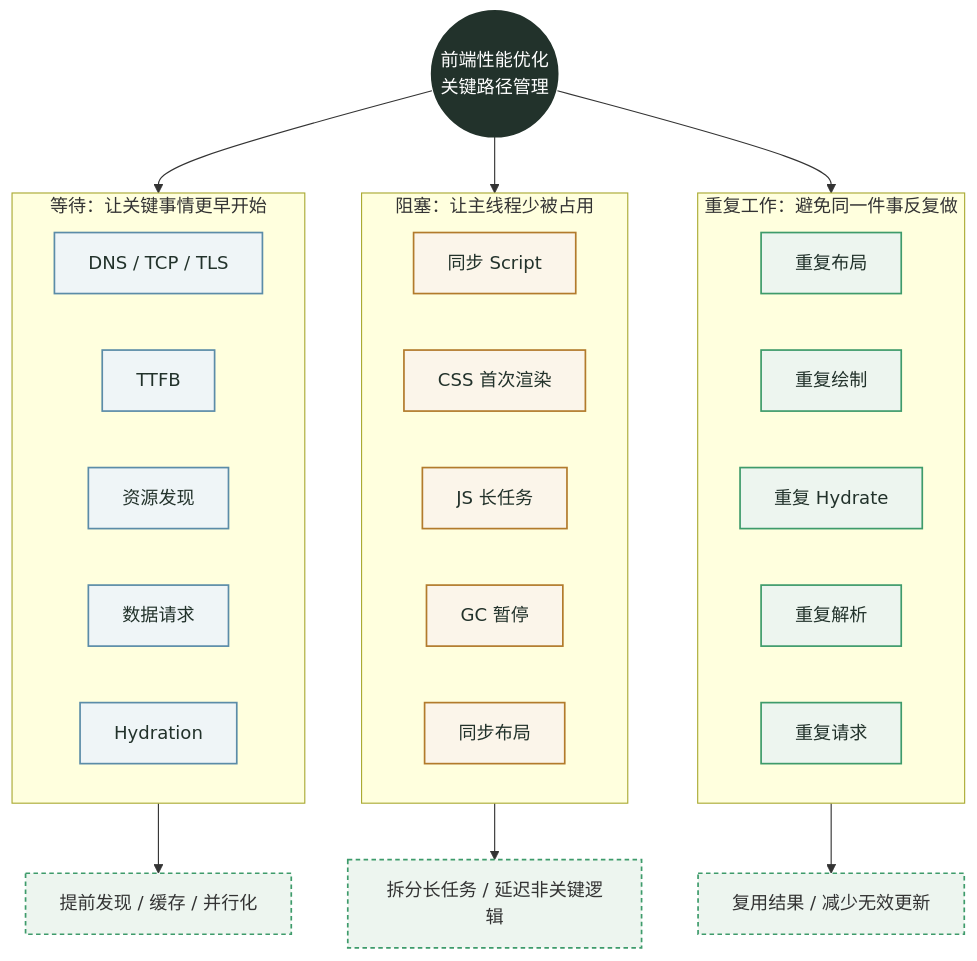
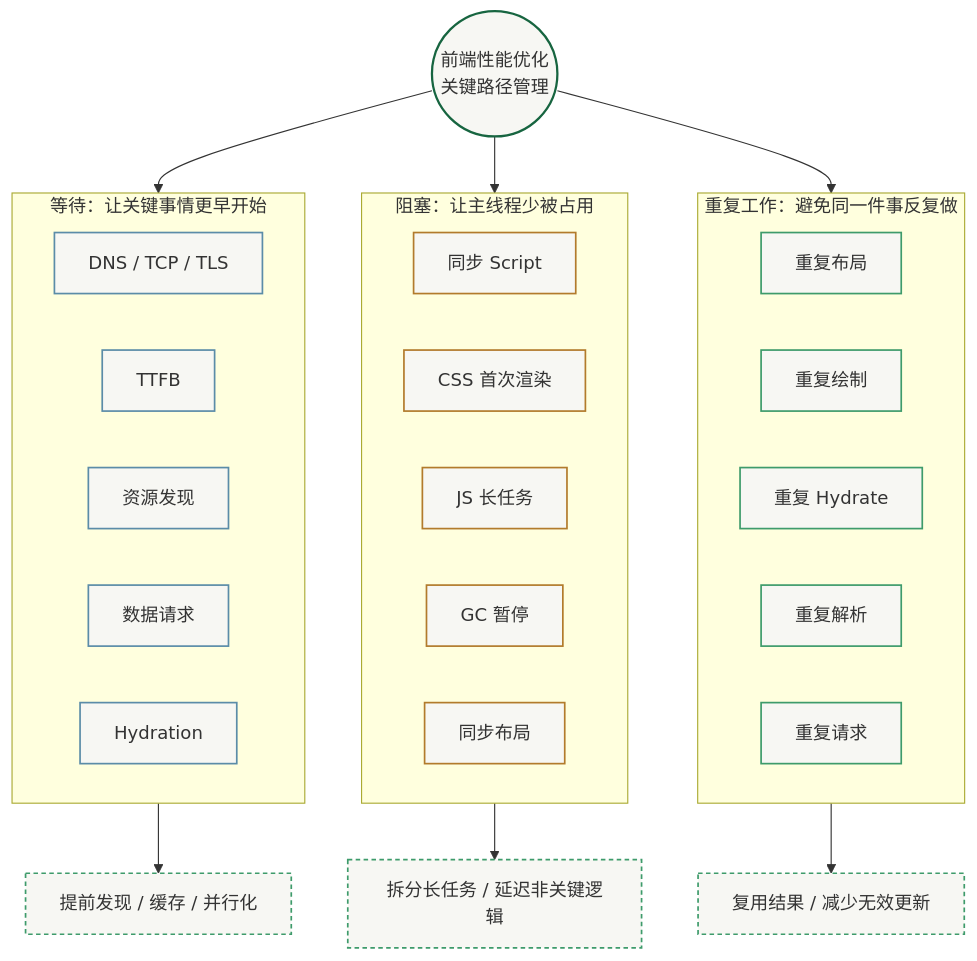
One commit to Fatejian/frontier-vault changed the third of 3 diagrams in docs/performance/critical-path.md. Above: the diagram before and after it, drawn with Mermaid. The commit also changed other lines of this file and 65 other files, not shown here.

First line of the commit message:
fix(theme): unify mermaid chart palette and remove solid core fills

````diff
--- a/docs/performance/critical-path.md
+++ b/docs/performance/critical-path.md
@@ -622,49 +622,49 @@
 ```mermaid
 flowchart TB
     Core((前端性能优化<br/>关键路径管理))
 
     subgraph Wait["等待：让关键事情更早开始"]
         W1["DNS / TCP / TLS"]
         W2[TTFB]
         W3[资源发现]
         W4[数据请求]
         W5[Hydration]
     end
 
     subgraph Block["阻塞：让主线程少被占用"]
         B1[同步 Script]
         B2[CSS 首次渲染]
         B3[JS 长任务]
         B4[GC 暂停]
         B5[同步布局]
     end
 
     subgraph Repeat["重复工作：避免同一件事反复做"]
         R1[重复布局]
         R2[重复绘制]
         R3[重复 Hydrate]
         R4[重复解析]
         R5[重复请求]
     end
 
     Core --> Wait
     Core --> Block
     Core --> Repeat
 
     Wait --> Strategy1["提前发现 / 缓存 / 并行化"]
     Block --> Strategy2["拆分长任务 / 延迟非关键逻辑"]
     Repeat --> Strategy3["复用结果 / 减少无效更新"]
 
-    classDef core fill:#22322B,color:#fff,stroke:#22322B,stroke-width:2px;
-    classDef wait fill:#EFF5F7,stroke:#5B8CA8,color:#22322B,stroke-width:1.5px;
-    classDef block fill:#FBF5EA,stroke:#B27B2C,color:#22322B,stroke-width:1.5px;
-    classDef work fill:#EDF5EF,stroke:#3E9B6B,color:#22322B,stroke-width:1.5px;
+    classDef core fill:#F7F7F3,stroke:#176540,stroke-width:2px;
+    classDef wait fill:#F7F7F3,stroke:#5B8CA8,stroke-width:1.5px;
+    classDef block fill:#F7F7F3,stroke:#B27B2C,stroke-width:1.5px;
+    classDef work fill:#F7F7F3,stroke:#3E9B6B,stroke-width:1.5px;
 
     class Core core;
     class W1,W2,W3,W4,W5 wait;
     class B1,B2,B3,B4,B5 block;
     class R1,R2,R3,R4,R5 work;
-    style Strategy1 fill:#EDF5EF,stroke:#3E9B6B,stroke-width:1.5px,stroke-dasharray: 4 3
-    style Strategy2 fill:#EDF5EF,stroke:#3E9B6B,stroke-width:1.5px,stroke-dasharray: 4 3
-    style Strategy3 fill:#EDF5EF,stroke:#3E9B6B,stroke-width:1.5px,stroke-dasharray: 4 3
+    style Strategy1 fill:#F7F7F3,stroke:#3E9B6B,stroke-width:1.5px,stroke-dasharray: 4 3
+    style Strategy2 fill:#F7F7F3,stroke:#3E9B6B,stroke-width:1.5px,stroke-dasharray: 4 3
+    style Strategy3 fill:#F7F7F3,stroke:#3E9B6B,stroke-width:1.5px,stroke-dasharray: 4 3
 ```
````
